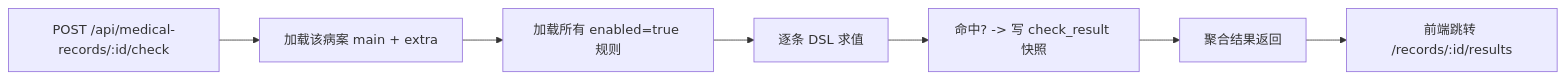
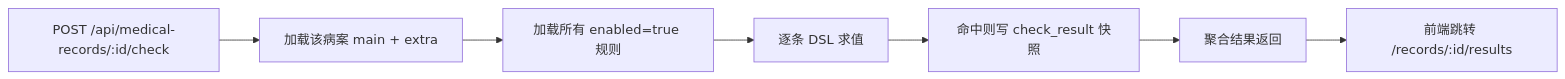
One commit to Llffan/DeepAudit changed the sixth of 7 diagrams in docs/病案首页与质控业务/病案首页质控MVP开发计划书.md. Above: the diagram before and after it, drawn with Mermaid. The commit also changed other lines of this file, not shown here.

First line of the commit message:
fix(docs): 修复 Mermaid 流程图渲染错误

````diff
--- a/docs/病案首页与质控业务/病案首页质控MVP开发计划书.md
+++ b/docs/病案首页与质控业务/病案首页质控MVP开发计划书.md
@@ -1008,9 +1008,9 @@
 ```mermaid
 flowchart LR
-    A[POST /api/medical-records/:id/check] --> B[加载该病案 main + extra]
-    B --> C[加载所有 enabled=true 规则]
-    C --> D[逐条 DSL 求值]
-    D --> E[命中? -> 写 check_result 快照]
-    E --> F[聚合结果返回]
-    F --> G[前端跳转 /records/:id/results]
+    A["POST /api/medical-records/:id/check"] --> B["加载该病案 main + extra"]
+    B --> C["加载所有 enabled=true 规则"]
+    C --> D["逐条 DSL 求值"]
+    D --> E["命中则写 check_result 快照"]
+    E --> F["聚合结果返回"]
+    F --> G["前端跳转 /records/:id/results"]
 ```
````
